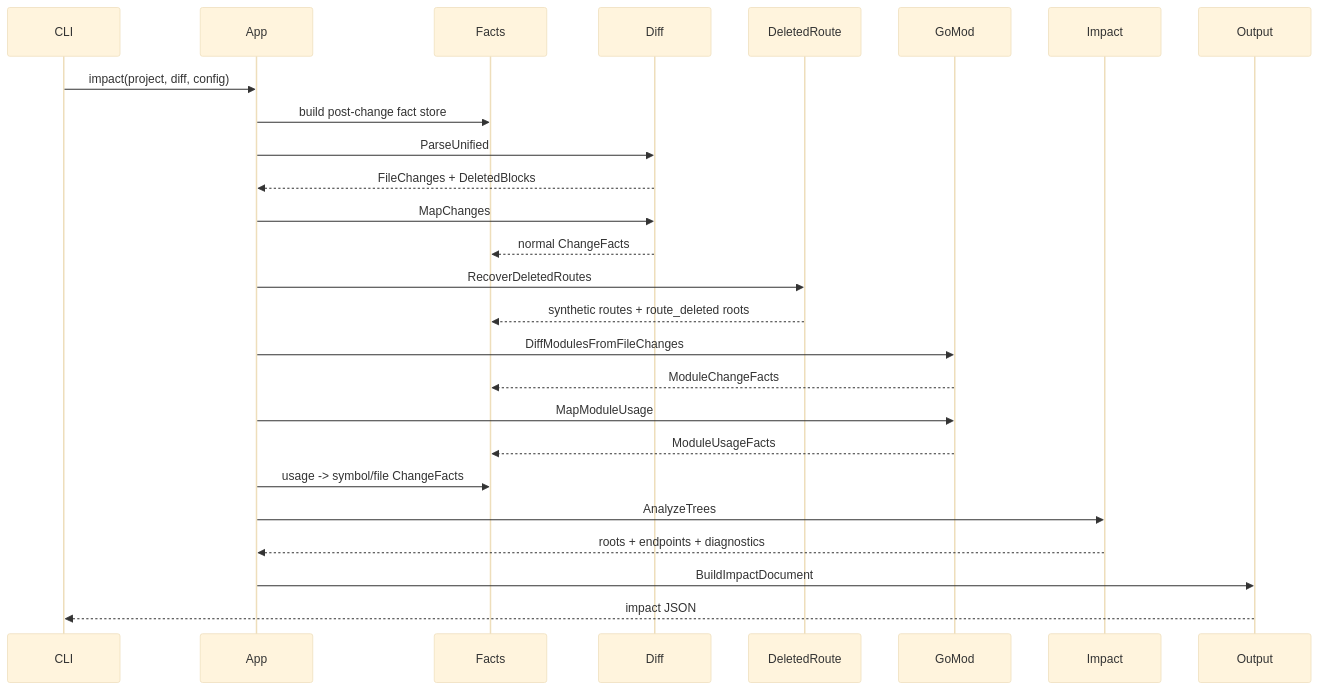
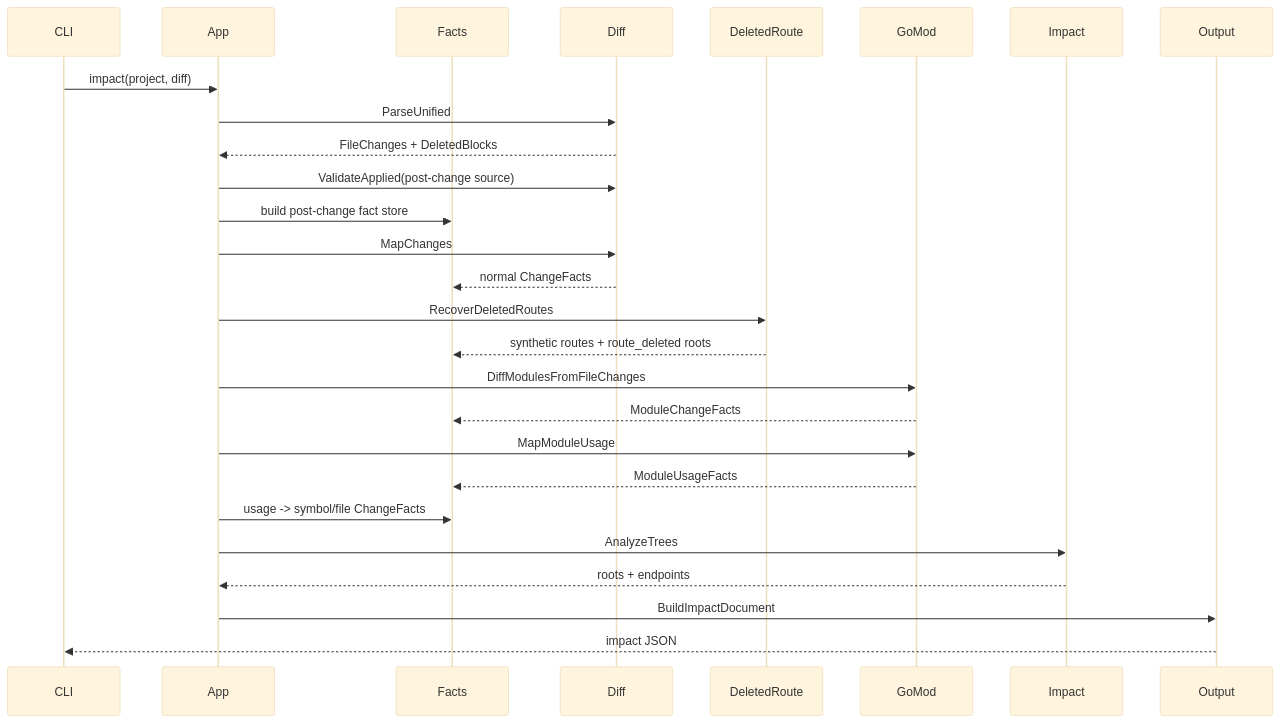
One commit to Flying-Bird1999/go-analyzer changed the fifth of 5 diagrams in ARCHITECTURE.md. Above: the diagram before and after it, drawn with Mermaid (base theme). The commit also changed other lines of this file and 54 other files, not shown here.

````diff
--- a/ARCHITECTURE.md
+++ b/ARCHITECTURE.md
@@ -806,29 +802,30 @@
 ```mermaid
 sequenceDiagram
     participant CLI
     participant App
     participant Facts
     participant Diff
     participant DeletedRoute
     participant GoMod
     participant Impact
     participant Output
 
-    CLI->>App: impact(project, diff, config)
-    App->>Facts: build post-change fact store
+    CLI->>App: impact(project, diff)
     App->>Diff: ParseUnified
     Diff-->>App: FileChanges + DeletedBlocks
+    App->>Diff: ValidateApplied(post-change source)
+    App->>Facts: build post-change fact store
     App->>Diff: MapChanges
     Diff-->>Facts: normal ChangeFacts
     App->>DeletedRoute: RecoverDeletedRoutes
     DeletedRoute-->>Facts: synthetic routes + route_deleted roots
     App->>GoMod: DiffModulesFromFileChanges
     GoMod-->>Facts: ModuleChangeFacts
     App->>GoMod: MapModuleUsage
     GoMod-->>Facts: ModuleUsageFacts
     App->>Facts: usage -> symbol/file ChangeFacts
     App->>Impact: AnalyzeTrees
-    Impact-->>App: roots + endpoints + diagnostics
+    Impact-->>App: roots + endpoints
     App->>Output: BuildImpactDocument
     Output-->>CLI: impact JSON
 ```
````
